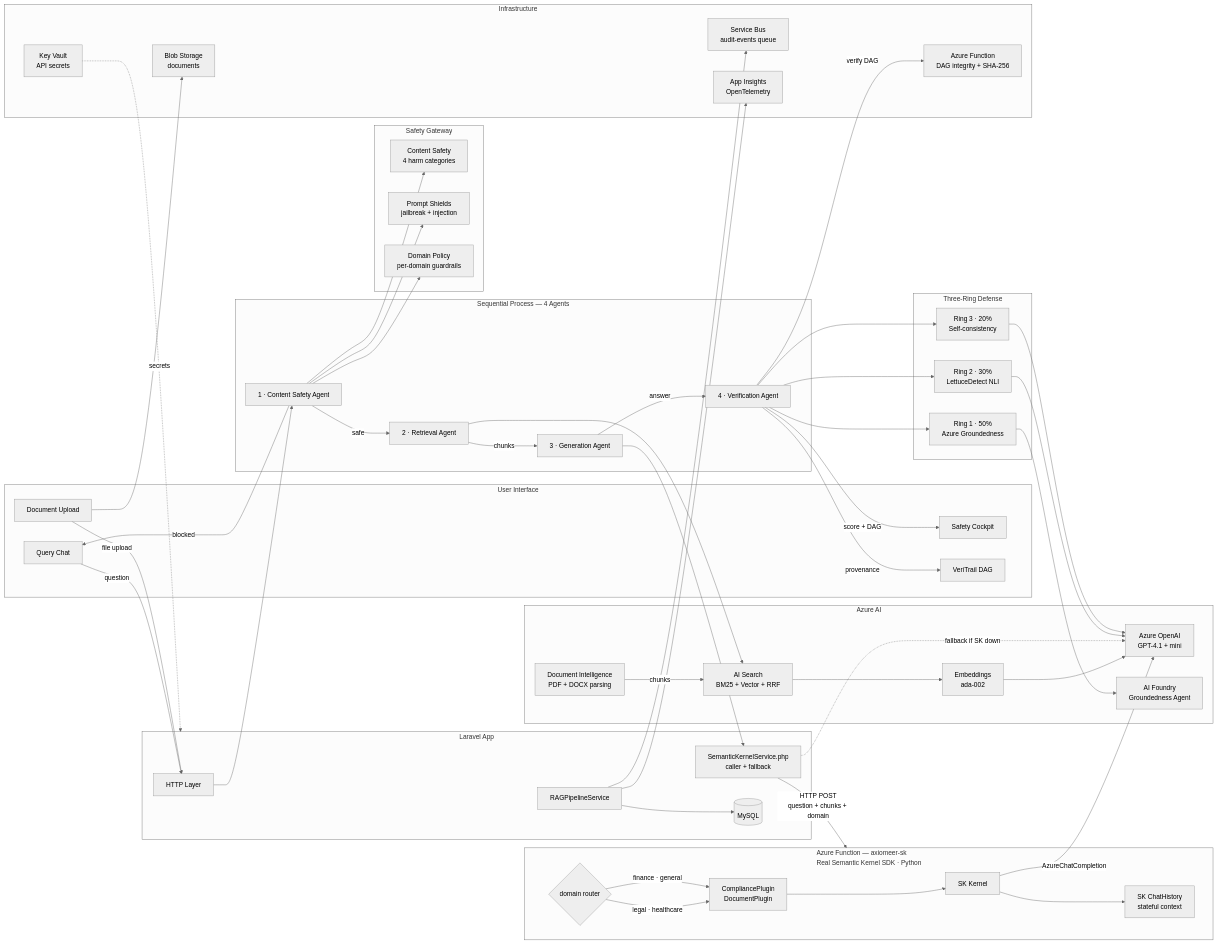
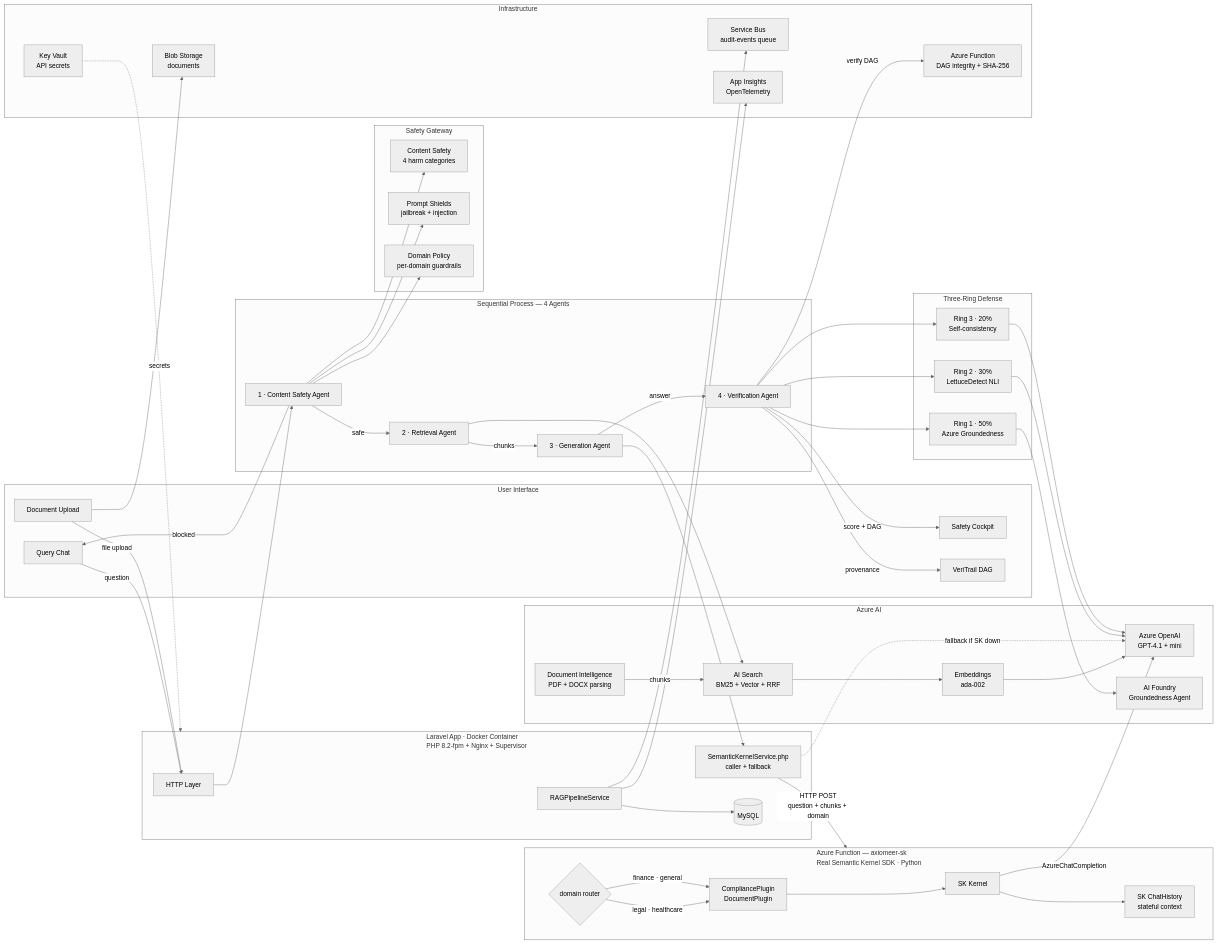
The diagram in SYSTEM_ARCHITECTURE.md (Axiomeer/Axiomeer), drawn with Mermaid (neutral theme) before and after one commit. The commit also changed other lines of this file and 5 other files, not shown here.

Commit message:
Obvious avatar upload UI with hover overlay; Dockerfile + docker-compose; containerization in architecture

```diff
--- a/SYSTEM_ARCHITECTURE.md
+++ b/SYSTEM_ARCHITECTURE.md
@@ -31,7 +31,7 @@
         VDAG[VeriTrail DAG]
     end
 
-    subgraph App["Laravel App"]
+    subgraph App["Laravel App · Docker Container\nPHP 8.2-fpm + Nginx + Supervisor"]
         HTTP[HTTP Layer]
         RAG[RAGPipelineService]
         SKPHP[SemanticKernelService.php\ncaller + fallback]
```
